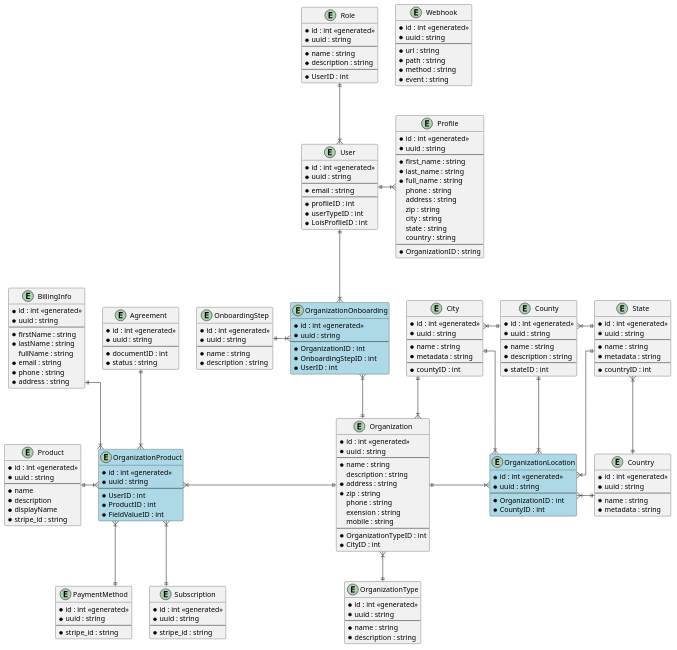
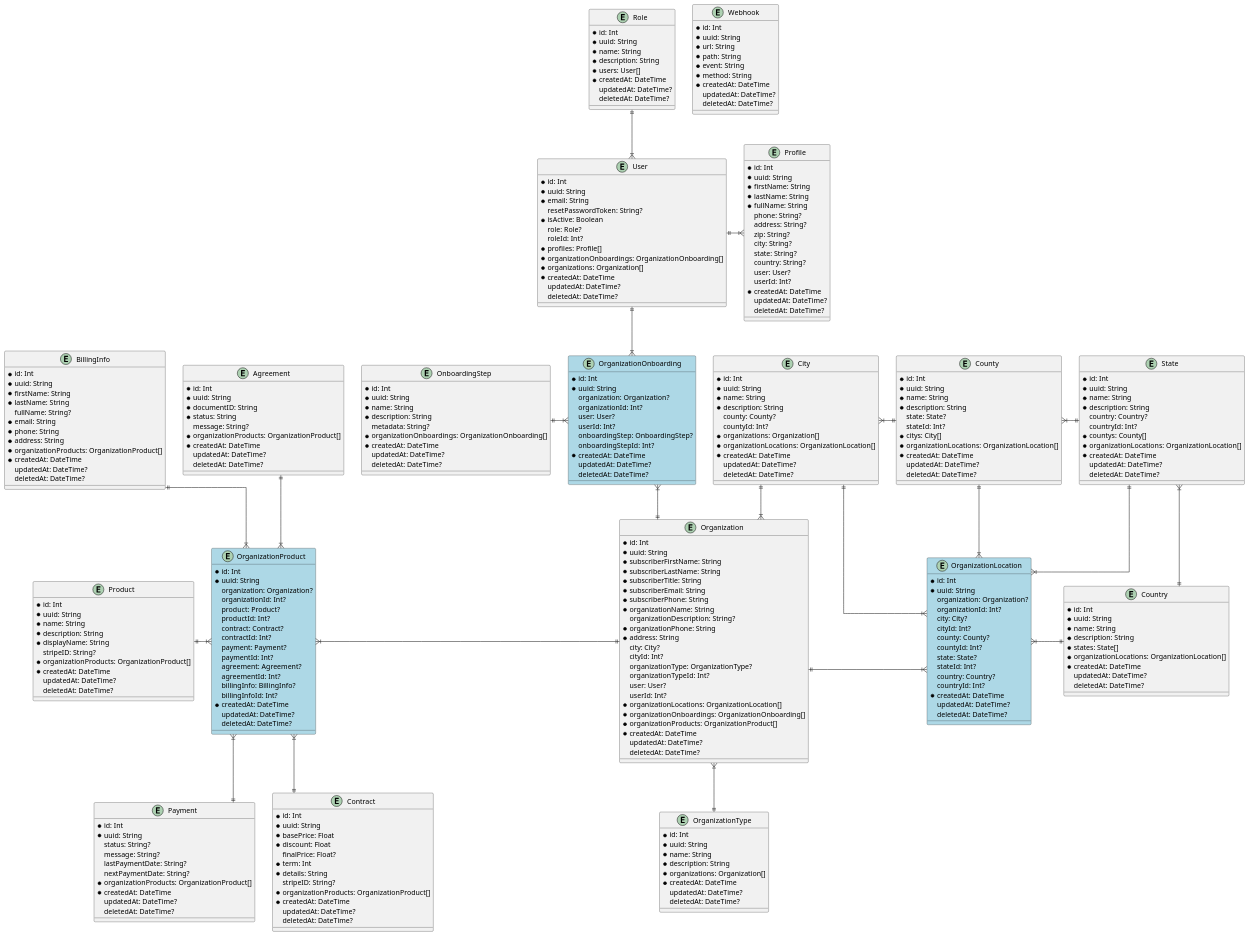
The diagram in docs/architecture/erd.mdx (acorrea-designli/strata-backend-docs), drawn with PlantUML before and after one commit. The commit also changed other lines of this file, not shown here.

Commit message:
feat: updated erd

````diff
--- a/docs/architecture/erd.mdx
+++ b/docs/architecture/erd.mdx
@@ -5,201 +3,290 @@
-```plantuml Your title
-@startuml RelatableERD
-
+```plantuml second diagram
 skinparam linetype ortho
 
-entity User  {
-	* id : int <<generated>>
-	* uuid : string
-	--
-	* email : string
-	--
-	* profileID : int
-	* userTypeID : int
-	* LoisProfileID : int
+entity Agreement {
+  * id: Int
+  * uuid: String
+  * documentID: String
+  * status: String
+  message: String?
+  * organizationProducts: OrganizationProduct[]
+  * createdAt: DateTime
+  updatedAt: DateTime?
+  deletedAt: DateTime?
+}
+
+entity BillingInfo {
+  * id: Int
+  * uuid: String
+  * firstName: String
+  * lastName: String
+  fullName: String?
+  * email: String
+  * phone: String
+  * address: String
+  * organizationProducts: OrganizationProduct[]
+  * createdAt: DateTime
+  updatedAt: DateTime?
+  deletedAt: DateTime?
+}
+
+entity City {
+  * id: Int
+  * uuid: String
+  * name: String
+  * description: String
+  county: County?
+  countyId: Int?
+  * organizations: Organization[]
+  * organizationLocations: OrganizationLocation[]
+  * createdAt: DateTime
+  updatedAt: DateTime?
+  deletedAt: DateTime?
+}
+
+entity County {
+  * id: Int
+  * uuid: String
+  * name: String
+  * description: String
+  state: State?
+  stateId: Int?
+  * citys: City[]
+  * organizationLocations: OrganizationLocation[]
+  * createdAt: DateTime
+  updatedAt: DateTime?
+  deletedAt: DateTime?
+}
+
+entity Country {
+  * id: Int
+  * uuid: String
+  * name: String
+  * description: String
+  * states: State[]
+  * organizationLocations: OrganizationLocation[]
+  * createdAt: DateTime
+  updatedAt: DateTime?
+  deletedAt: DateTime?
+}
+
+entity Contract {
+  * id: Int
+  * uuid: String
+  * basePrice: Float
+  * discount: Float
+  finalPrice: Float?
+  * term: Int
+  * details: String
+  stripeID: String?
+  * organizationProducts: OrganizationProduct[]
+  * createdAt: DateTime
+  updatedAt: DateTime?
+  deletedAt: DateTime?
+}
+
+entity Payment {
+  * id: Int
+  * uuid: String
+  status: String?
+  message: String?
+  lastPaymentDate: String?
+  nextPaymentDate: String?
+  * organizationProducts: OrganizationProduct[]
+  * createdAt: DateTime
+  updatedAt: DateTime?
+  deletedAt: DateTime?
+}
+
+entity OnboardingStep {
+  * id: Int
+  * uuid: String
+  * name: String
+  * description: String
+  metadata: String?
+  * organizationOnboardings: OrganizationOnboarding[]
+  * createdAt: DateTime
+  updatedAt: DateTime?
+  deletedAt: DateTime?
+}
+
+entity Organization {
+  * id: Int
+  * uuid: String
+  * subscriberFirstName: String
+  * subscriberLastName: String
+  * subscriberTitle: String
+  * subscriberEmail: String
+  * subscriberPhone: String
+  * organizationName: String
+  organizationDescription: String?
+  * organizationPhone: String
+  * address: String
+  city: City?
+  cityId: Int?
+  organizationType: OrganizationType?
+  organizationTypeId: Int?
+  user: User?
+  userId: Int?
+  * organizationLocations: OrganizationLocation[]
+  * organizationOnboardings: OrganizationOnboarding[]
+  * organizationProducts: OrganizationProduct[]
+  * createdAt: DateTime
+  updatedAt: DateTime?
+  deletedAt: DateTime?
+}
+
+entity OrganizationType {
+  * id: Int
+  * uuid: String
+  * name: String
+  * description: String
+  * organizations: Organization[]
+  * createdAt: DateTime
+  updatedAt: DateTime?
+  deletedAt: DateTime?
+}
+
+entity OrganizationLocation #LightBlue {
+  * id: Int
+  * uuid: String
+  organization: Organization?
+  organizationId: Int?
+  city: City?
+  cityId: Int?
+  county: County?
+  countyId: Int?
+  state: State?
+  stateId: Int?
+  country: Country?
+  countryId: Int?
+  * createdAt: DateTime
+  updatedAt: DateTime?
+  deletedAt: DateTime?
+}
+
+entity OrganizationOnboarding #LightBlue {
+  * id: Int
+  * uuid: String
+  organization: Organization?
+  organizationId: Int?
+  user: User?
+  userId: Int?
+  onboardingStep: OnboardingStep?
+  onboardingStepId: Int?
+  * createdAt: DateTime
+  updatedAt: DateTime?
+  deletedAt: DateTime?
+}
+
+entity OrganizationProduct #LightBlue {
+  * id: Int
+  * uuid: String
+  organization: Organization?
+  organizationId: Int?
+  product: Product?
+  productId: Int?
+  contract: Contract?
+  contractId: Int?
+  payment: Payment?
+  paymentId: Int?
+  agreement: Agreement?
+  agreementId: Int?
+  billingInfo: BillingInfo?
+  billingInfoId: Int?
+  * createdAt: DateTime
+  updatedAt: DateTime?
+  deletedAt: DateTime?
+}
+
+entity Product {
+  * id: Int
+  * uuid: String
+  * name: String
+  * description: String
+  * displayName: String
+  stripeID: String?
+  * organizationProducts: OrganizationProduct[]
+  * createdAt: DateTime
+  updatedAt: DateTime?
+  deletedAt: DateTime?
 }
 
 entity Profile {
-	* id : int <<generated>>
-	* uuid : string
-	--
-	* first_name : string
-	* last_name : string
-	* full_name : string
-	phone : string
-	address : string
-	zip : string
-	city : string
-	state : string
-	country : string
-	--
-	* OrganizationID : string
+  * id: Int
+  * uuid: String
+  * firstName: String
+  * lastName: String
+  * fullName: String
+  phone: String?
+  address: String?
+  zip: String?
+  city: String?
+  state: String?
+  country: String?
+  user: User?
+  userId: Int?
+  * createdAt: DateTime
+  updatedAt: DateTime?
+  deletedAt: DateTime?
 }
 
-entity Organization {
-	* id : int <<generated>>
-	* uuid : string
-	--
-	* name : string
-	description : string
-	* address : string
-	* zip : string
-	phone : string
-	exension : string
-	mobile : string
-	--
-	* OrganizationTypeID : int
-	* CityID : int
-}
-
-entity City {
-	* id : int <<generated>>
-	* uuid : string
-	--
-	* name : string
-	* metadata : string
-	--
-	* countyID : int	
-}
-
-entity County {
-	* id : int <<generated>>
-	* uuid : string
-	--
-	* name : string
-	* description : string
-	--
-	* stateID : int
+entity Role {
+  * id: Int
+  * uuid: String
+  * name: String
+  * description: String
+  * users: User[]
+  * createdAt: DateTime
+  updatedAt: DateTime?
+  deletedAt: DateTime?
 }
 
 entity State {
-	* id : int <<generated>>
-	* uuid : string
-	--
-	* name : string
-	* metadata : string
-	--
-	* countryID : int
+  * id: Int
+  * uuid: String
+  * name: String
+  * description: String
+  country: Country?
+  countryId: Int?
+  * countys: County[]
+  * organizationLocations: OrganizationLocation[]
+  * createdAt: DateTime
+  updatedAt: DateTime?
+  deletedAt: DateTime?
 }
 
-entity Country {
-	* id : int <<generated>>
-	* uuid : string
-	--
-	* name : string
-	* metadata : string
-}
-
-entity OrganizationLocation #LightBlue {
-	* id : int <<generated>>
-	* uuid : string
-	--
-	* OrganizationID : int
-	* CountyID : int
-}
-
-entity OrganizationType {
-	* id : int <<generated>>
-	* uuid : string
-	--
-	* name : string
-	* description : string
-}
-
-entity Role {
-	* id : int <<generated>>
-	* uuid : string
-	--
-	* name : string
-	* description : string
-	--
-	* UserID : int
+entity User {
+  * id: Int
+  * uuid: String
+  * email: String
+  resetPasswordToken: String?
+  * isActive: Boolean
+  role: Role?
+  roleId: Int?
+  * profiles: Profile[]
+  * organizationOnboardings: OrganizationOnboarding[]
+  * organizations: Organization[]
+  * createdAt: DateTime
+  updatedAt: DateTime?
+  deletedAt: DateTime?
 }
 
 entity Webhook {
-	* id : int <<generated>>
-	* uuid : string
-	--
-	* url : string
-	* path : string
-	* method : string
-	* event : string
-}
-
-entity Subscription {
-	* id : int <<generated>>
-	* uuid : string
-	--
-	* stripe_id : string
-}
-
-entity PaymentMethod {
-	* id : int <<generated>>
-	* uuid : string
-	--
-	* stripe_id : string
-}
-
-entity Product {
-	* id : int <<generated>>
-	* uuid : string
-	--
-	* name
-	* description
-	* displayName
-	* stripe_id : string
-}
-
-entity OnboardingStep {
-	* id : int <<generated>>
-	* uuid : string
-	--
-	* name : string
-	* description : string
-}
-
-entity OrganizationProduct #LightBlue { 
-	* id : int <<generated>>
-	* uuid : string
-	--
-	* UserID : int
-	* ProductID : int
-	* FieldValueID : int
-}
-
-entity OrganizationOnboarding #LightBlue {
-	* id : int <<generated>>
-	* uuid : string
-	--
-	* OrganizationID : int
-	* OnboardingStepID : int
-	* UserID : int
-}
-
-entity Agreement {
-	* id : int <<generated>>
-	* uuid : string
-	--
-	* documentID : int
-	* status : string
-}
-
-entity BillingInfo {
-	* id : int <<generated>>
-	* uuid : string
-	--
-	* firstName : string
-	* lastName : string
-	fullName : string
-	* email : string
-	* phone : string
-	* address : string
+  * id: Int
+  * uuid: String
+  * url: String
+  * path: String
+  * event: String
+  * method: String
+  * createdAt: DateTime
+  updatedAt: DateTime?
+  deletedAt: DateTime?
 }
 
 Role ||--|{ User
 
 User ||-right-|{ Profile
-
-OrganizationProduct }|-down-|| PaymentMethod
 
 Organization ||-up-|{ OrganizationOnboarding
 OnboardingStep ||-right-|{ OrganizationOnboarding
@@ -225,8 +312,7 @@
 Product ||-right-|{ OrganizationProduct
 Agreement ||-down-|{ OrganizationProduct
 BillingInfo ||-down-|{ OrganizationProduct
-
-
-Subscription ||-up-|{ OrganizationProduct
+Contract ||-up-|{ OrganizationProduct
+Payment ||-up-|{ OrganizationProduct
 
 ```
````
